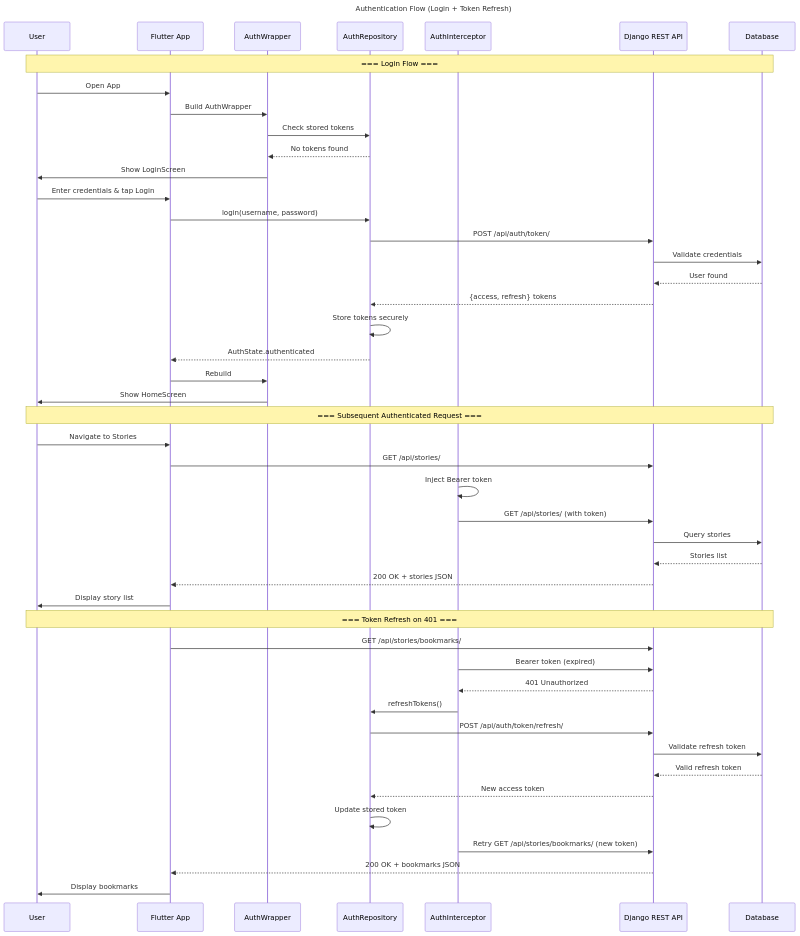
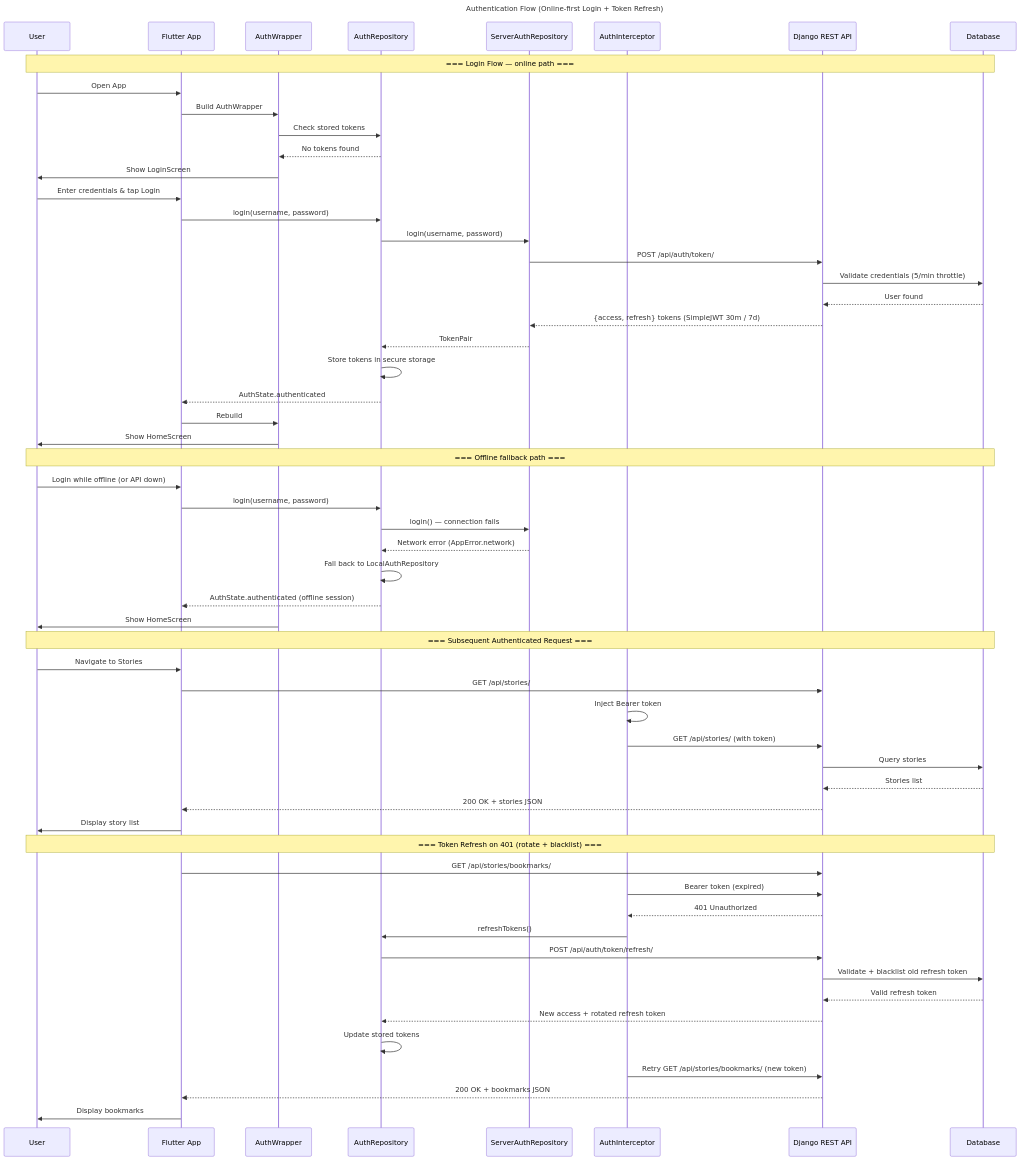
Before and after one commit to fabiljayson/Griot-2.0: the first of 6 diagrams in docs/diagrams/04-sequence-diagram.md, drawn with Mermaid. The commit also changed other lines of this file and 87 other files, not shown here.

````diff
--- a/docs/diagrams/04-sequence-diagram.md
+++ b/docs/diagrams/04-sequence-diagram.md
@@ -5,57 +9,70 @@
 ```mermaid
 sequenceDiagram
-    title Authentication Flow (Login + Token Refresh)
+    title Authentication Flow (Online-first Login + Token Refresh)
 
     participant U as User
     participant App as Flutter App
     participant AW as AuthWrapper
     participant AR as AuthRepository
+    participant SR as ServerAuthRepository
     participant AI as AuthInterceptor
     participant API as Django REST API
     participant DB as Database
 
-    Note over U,DB: === Login Flow ===
+    Note over U,DB: === Login Flow — online path ===
 
     U->>App: Open App
     App->>AW: Build AuthWrapper
     AW->>AR: Check stored tokens
     AR-->>AW: No tokens found
     AW->>U: Show LoginScreen
 
     U->>App: Enter credentials & tap Login
     App->>AR: login(username, password)
-    AR->>API: POST /api/auth/token/
-    API->>DB: Validate credentials
+    AR->>SR: login(username, password)
+    SR->>API: POST /api/auth/token/
+    API->>DB: Validate credentials (5/min throttle)
     DB-->>API: User found
-    API-->>AR: {access, refresh} tokens
-    AR->>AR: Store tokens securely
+    API-->>SR: {access, refresh} tokens (SimpleJWT 30m / 7d)
+    SR-->>AR: TokenPair
+    AR->>AR: Store tokens in secure storage
     AR-->>App: AuthState.authenticated
     App->>AW: Rebuild
+    AW->>U: Show HomeScreen
+
+    Note over U,DB: === Offline fallback path ===
+
+    U->>App: Login while offline (or API down)
+    App->>AR: login(username, password)
+    AR->>SR: login() — connection fails
+    SR-->>AR: Network error (AppError.network)
+    AR->>AR: Fall back to LocalAuthRepository
+    AR-->>App: AuthState.authenticated (offline session)
     AW->>U: Show HomeScreen
 
     Note over U,DB: === Subsequent Authenticated Request ===
 
     U->>App: Navigate to Stories
     App->>API: GET /api/stories/
     AI->>AI: Inject Bearer token
     AI->>API: GET /api/stories/ (with token)
     API->>DB: Query stories
     DB-->>API: Stories list
     API-->>App: 200 OK + stories JSON
     App->>U: Display story list
 
-    Note over U,DB: === Token Refresh on 401 ===
+    Note over U,DB: === Token Refresh on 401 (rotate + blacklist) ===
 
     App->>API: GET /api/stories/bookmarks/
     AI->>API: Bearer token (expired)
     API-->>AI: 401 Unauthorized
     AI->>AR: refreshTokens()
     AR->>API: POST /api/auth/token/refresh/
-    API->>DB: Validate refresh token
+    API->>DB: Validate + blacklist old refresh token
     DB-->>API: Valid refresh token
-    API-->>AR: New access token
-    AR->>AR: Update stored token
+    API-->>AR: New access + rotated refresh token
+    AR->>AR: Update stored tokens
     AI->>API: Retry GET /api/stories/bookmarks/ (new token)
     API-->>App: 200 OK + bookmarks JSON
     App->>U: Display bookmarks
 ```
````
